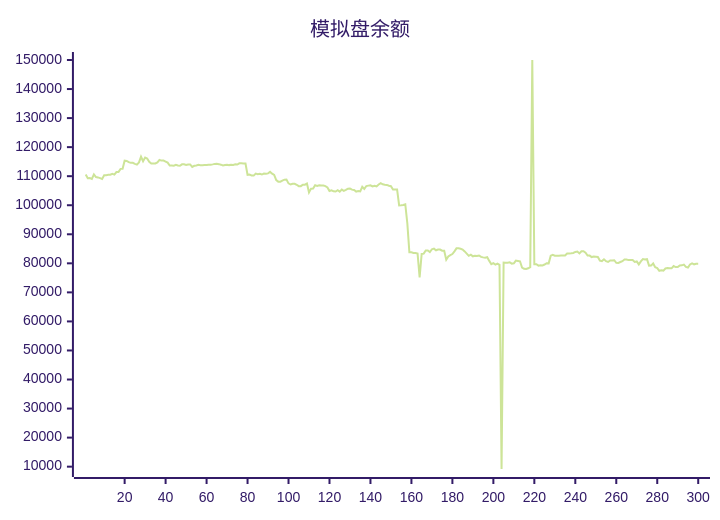
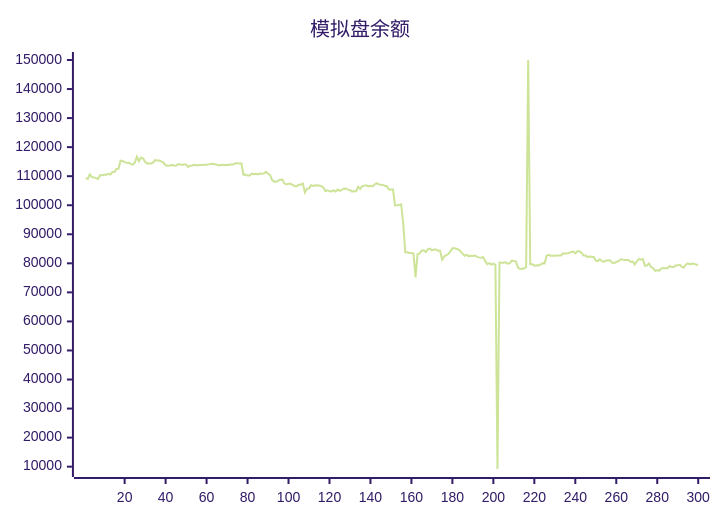
One commit to aahl/ai-trading changed the diagram in README.md. Above: the diagram before and after it, drawn with Mermaid (forest theme). The commit also changed other lines of this file and 1 other file, not shown here.

````diff
--- a/README.md
+++ b/README.md
@@ -5,5 +5,5 @@
 ```mermaid
 xychart
     title "模拟盘余额"
-    line [110546,109304,109343,109053,110606,109702,109584,109337,109071,110342,110342,110488,110488,110814,110531,111421,111421,112518,112522,115341,115266,114830,114584,114588,114231,113973,114726,116697,115160,116423,116083,114950,114365,114365,114388,114730,115582,115358,115358,115032,114686,113688,113688,113610,113930,113672,113585,114083,114074,113840,113996,114051,113208,113593,113701,113901,113794,113784,113810,113848,113927,113929,114064,114232,114293,114144,113960,113698,113853,113942,113812,113908,113877,114091,113998,114427,114422,114384,114384,110477,110576,110198,110198,110890,110712,110812,110569,110929,110847,110968,111478,110870,110433,108661,108116,108115,108485,108797,108877,107536,107134,107393,107393,107046,106565,106565,107081,107081,107478,104404,105715,105749,106866,106651,106889,106771,106816,106565,106141,104876,105103,104796,104734,105169,104690,105380,104941,105272,105709,105739,105374,105227,104691,104924,104762,106364,105628,106608,106748,106872,106485,106721,106468,107132,107620,107224,107080,107001,106717,106567,105431,105431,105440,99950,100017,100113,100337,93749,83795,83807,83567,83567,83342,75168,83222,83336,84448,84449,83896,84839,85065,84499,84757,84757,84364,84347,81254,82385,82835,83184,84099,85150,85150,85002,84751,84096,83356,82582,82983,82404,82572,82512,82688,82200,82047,81920,82125,80840,79688,80060,79552,79920,79470,9193,80236,80208,80170,80336,79894,80006,80954,80837,80712,78561,78139,78037,78293,78682,150000,79720,79720,79214,79372,79279,79591,80046,79993,82625,82950,82626,82571,82633,82670,82670,82681,83386,83378,83464,83579,83920,84037,83402,84160,84142,83652,82655,82655,82145,82315,82243,82163,80934,80770,81371,80742,80468,80989,80989,81067,80191,80155,80450,80737,81309,81309,81106,81119,81119,80471,80631,79624,80670,81448,81290,81429,79212,79222,79940,78643,78380,77432,77623,77504,78235,78358,78284,78277,79048,78714,78714,79290,79308,79567,78763,78563,79603,79988,79652,79813,79813]
+    line [109343,109053,110606,109702,109584,109337,109071,110342,110342,110488,110488,110814,110531,111421,111421,112518,112522,115341,115266,114830,114584,114588,114231,113973,114726,116697,115160,116423,116083,114950,114365,114365,114388,114730,115582,115358,115358,115032,114686,113688,113688,113610,113930,113672,113585,114083,114074,113840,113996,114051,113208,113593,113701,113901,113794,113784,113810,113848,113927,113929,114064,114232,114293,114144,113960,113698,113853,113942,113812,113908,113877,114091,113998,114427,114422,114384,114384,110477,110576,110198,110198,110890,110712,110812,110569,110929,110847,110968,111478,110870,110433,108661,108116,108115,108485,108797,108877,107536,107134,107393,107393,107046,106565,106565,107081,107081,107478,104404,105715,105749,106866,106651,106889,106771,106816,106565,106141,104876,105103,104796,104734,105169,104690,105380,104941,105272,105709,105739,105374,105227,104691,104924,104762,106364,105628,106608,106748,106872,106485,106721,106468,107132,107620,107224,107080,107001,106717,106567,105431,105431,105440,99950,100017,100113,100337,93749,83795,83807,83567,83567,83342,75168,83222,83336,84448,84449,83896,84839,85065,84499,84757,84757,84364,84347,81254,82385,82835,83184,84099,85150,85150,85002,84751,84096,83356,82582,82983,82404,82572,82512,82688,82200,82047,81920,82125,80840,79688,80060,79552,79920,79470,9193,80236,80208,80170,80336,79894,80006,80954,80837,80712,78561,78139,78037,78293,78682,150000,79720,79720,79214,79372,79279,79591,80046,79993,82625,82950,82626,82571,82633,82670,82670,82681,83386,83378,83464,83579,83920,84037,83402,84160,84142,83652,82655,82655,82145,82315,82243,82163,80934,80770,81371,80742,80468,80989,80989,81067,80191,80155,80450,80737,81309,81309,81106,81119,81119,80471,80631,79624,80670,81448,81290,81429,79212,79222,79940,78643,78380,77432,77623,77504,78235,78358,78284,78277,79048,78714,78714,79290,79308,79567,78763,78563,79603,79988,79652,79813,79813,79476,79469]
 ```
````
